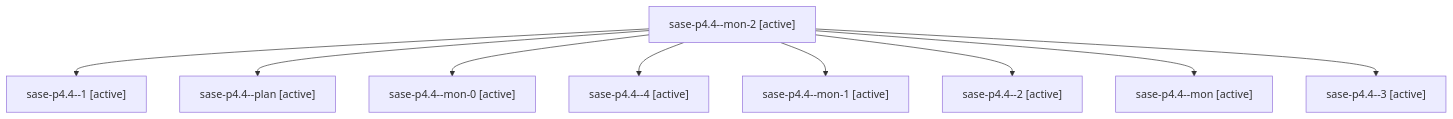
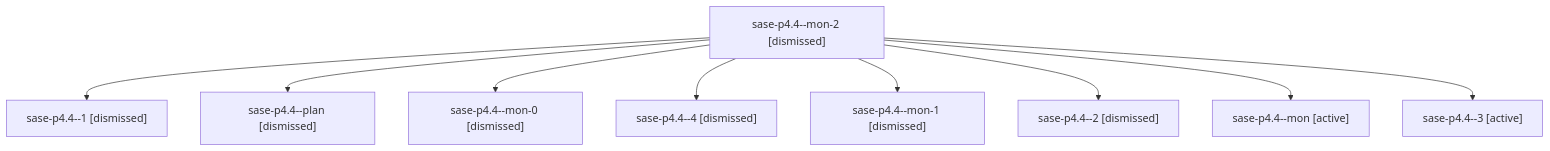
The diagram in sessions/bbugyi200.athena.sase-p4.4.md (sase-org/sase--agents), drawn with Mermaid before and after one commit. The commit also changed other lines of this file and 206 other files, not shown here.

````diff
--- a/sessions/bbugyi200.athena.sase-p4.4.md
+++ b/sessions/bbugyi200.athena.sase-p4.4.md
@@ -9,20 +9,20 @@
 ```mermaid
 flowchart TD
-  n0["sase-p4.4--mon-2 [active]"]
-  n1["sase-p4.4--1 [active]"]
+  n0["sase-p4.4--mon-2 [dismissed]"]
+  n1["sase-p4.4--1 [dismissed]"]
   n0 --> n1
-  n2["sase-p4.4--plan [active]"]
+  n2["sase-p4.4--plan [dismissed]"]
   n0 --> n2
-  n3["sase-p4.4--mon-0 [active]"]
+  n3["sase-p4.4--mon-0 [dismissed]"]
   n0 --> n3
-  n4["sase-p4.4--4 [active]"]
+  n4["sase-p4.4--4 [dismissed]"]
   n0 --> n4
-  n5["sase-p4.4--mon-1 [active]"]
+  n5["sase-p4.4--mon-1 [dismissed]"]
   n0 --> n5
-  n6["sase-p4.4--2 [active]"]
+  n6["sase-p4.4--2 [dismissed]"]
   n0 --> n6
   n7["sase-p4.4--mon [active]"]
   n0 --> n7
   n8["sase-p4.4--3 [active]"]
   n0 --> n8
 ```
````
